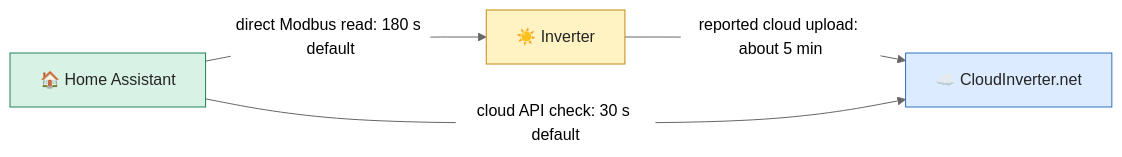
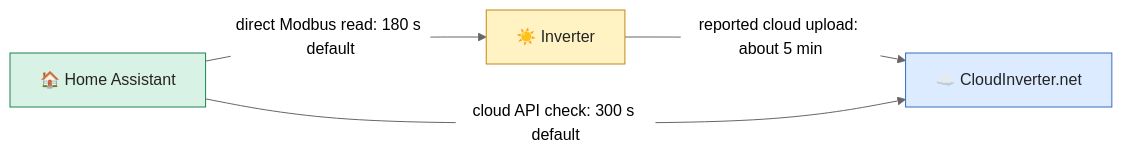
Before and after one commit to usamakkhan/home-assistant-Cloud-Inverter: the diagram in README.md, drawn with Mermaid (neutral theme). The commit also changed other lines of this file and 5 other files, not shown here.

Commit message:
fix: align cloud polling default with upload cadence

````diff
--- a/README.md
+++ b/README.md
@@ -34,12 +34,12 @@
 ```mermaid
 flowchart LR
     I["☀️ Inverter"] -->|"reported cloud upload: about 5 min"| C["☁️ CloudInverter.net"]
-    H["🏠 Home Assistant"] -->|"cloud API check: 30 s default"| C
+    H["🏠 Home Assistant"] -->|"cloud API check: 300 s default"| C
     H -->|"direct Modbus read: 180 s default"| I
     classDef device fill:#FFF3C4,stroke:#C68810,color:#242424
     classDef ha fill:#D8F3E5,stroke:#1E8250,color:#242424
     classDef cloud fill:#DCEBFF,stroke:#3271BD,color:#242424
     class I device
     class H ha
     class C cloud
 ```
````
